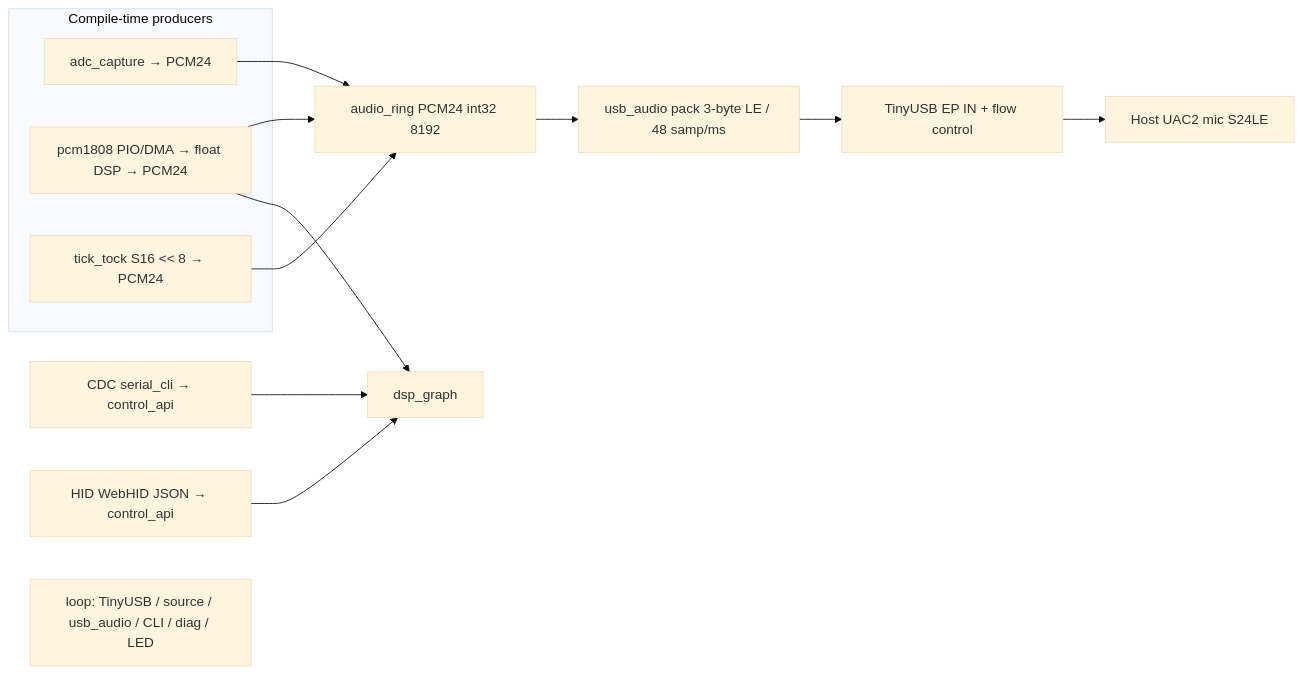
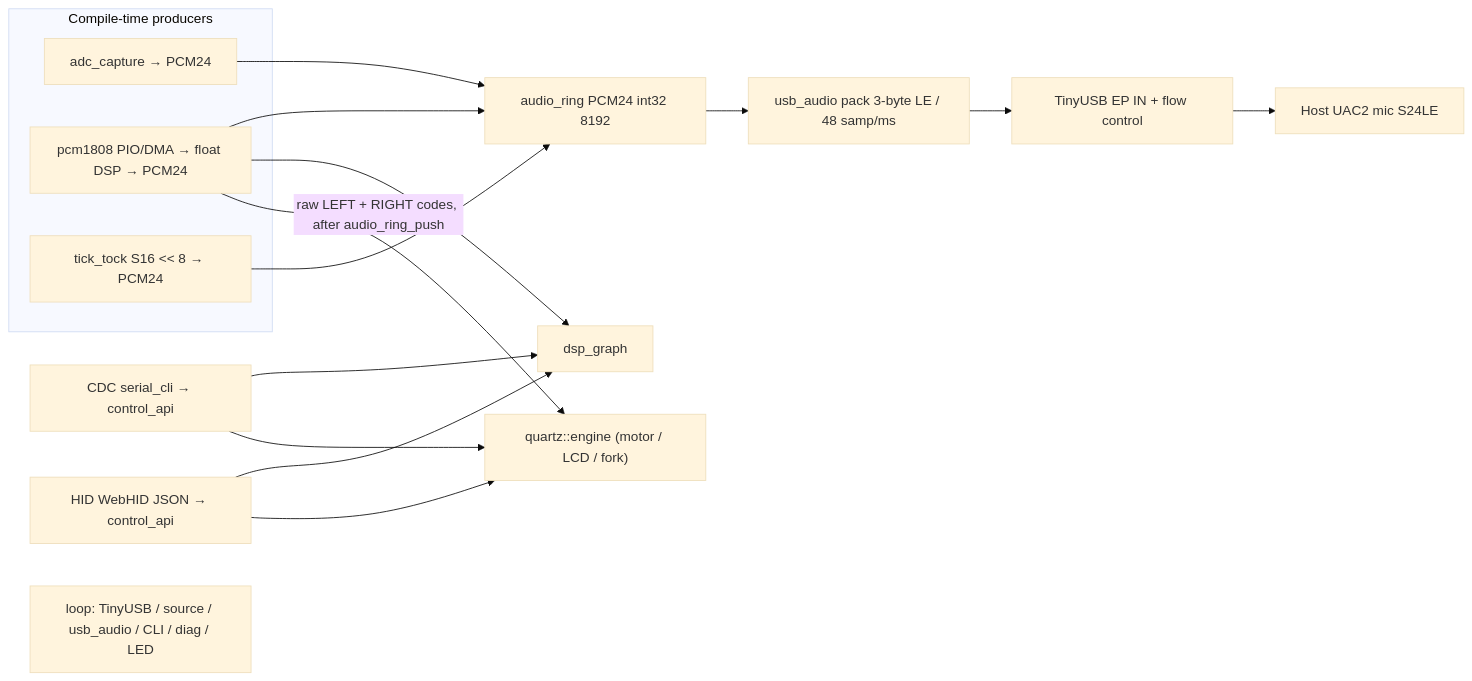
The diagram in docs/AS_BUILT_ARCHITECTURE.md (futurexdesign/Watchgrapher-Firmware), drawn with Mermaid (base theme) before and after one commit. The commit also changed other lines of this file and 130 other files, not shown here.

````diff
--- a/docs/AS_BUILT_ARCHITECTURE.md
+++ b/docs/AS_BUILT_ARCHITECTURE.md
@@ -140,18 +201,21 @@
 ```mermaid
 flowchart LR
   subgraph producers [Compile-time producers]
     ADC["adc_capture → PCM24"]
     PCM["pcm1808 PIO/DMA → float DSP → PCM24"]
     Synth["tick_tock S16 << 8 → PCM24"]
   end
   ADC --> Ring["audio_ring PCM24 int32 8192"]
   PCM --> Ring
   Synth --> Ring
   Ring --> Feed["usb_audio pack 3-byte LE / 48 samp/ms"]
   Feed --> TU["TinyUSB EP IN + flow control"]
   TU --> Host["Host UAC2 mic S24LE"]
   CLI["CDC serial_cli → control_api"] --> DSP["dsp_graph"]
   HID["HID WebHID JSON → control_api"] --> DSP
   PCM --> DSP
+  PCM -- "raw LEFT + RIGHT codes, after audio_ring_push" --> QZ["quartz::engine (motor / LCD / fork)"]
+  CLI --> QZ
+  HID --> QZ
   Main["loop: TinyUSB / source / usb_audio / CLI / diag / LED"]
 ```
````
